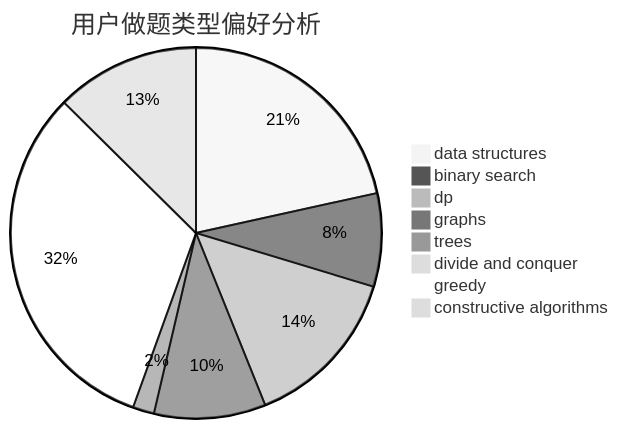
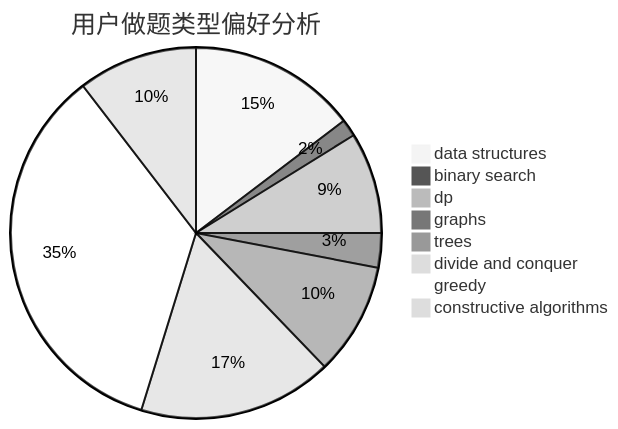
One commit to sherpahu/cfrs.github.io changed the second of 3 diagrams in docs/user/u475.md. Above: the diagram before and after it, drawn with Mermaid (neutral theme). The commit also changed other lines of this file and 2770 other files, not shown here.

````diff
--- a/docs/user/u475.md
+++ b/docs/user/u475.md
@@ -23,11 +23,11 @@
 ```mermaid
 pie title 用户做题类型偏好分析
-    "data structures" :  416
-    "binary search" :  157
-    "dp" :  275
-    "graphs" :  188
-    "trees" :  36
-    "divide and conquer" :  12
-    "greedy" :  616
-    "constructive algorithms" :  243
+    "data structures" :  166
+    "binary search" :  17
+    "dp" :  100
+    "graphs" :  34
+    "trees" :  111
+    "divide and conquer" :  192
+    "greedy" :  394
+    "constructive algorithms" :  118
 ```
````
